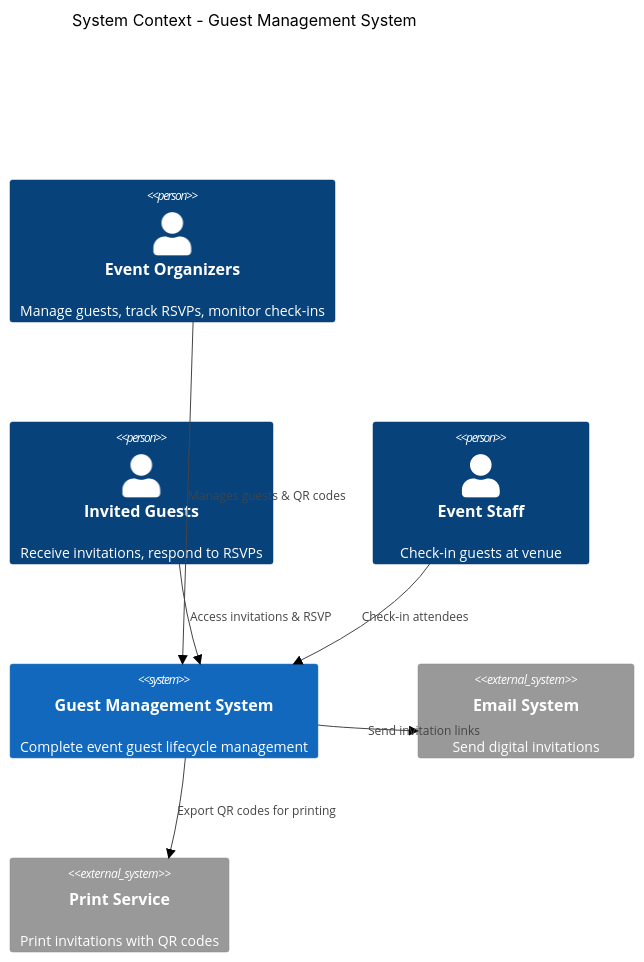
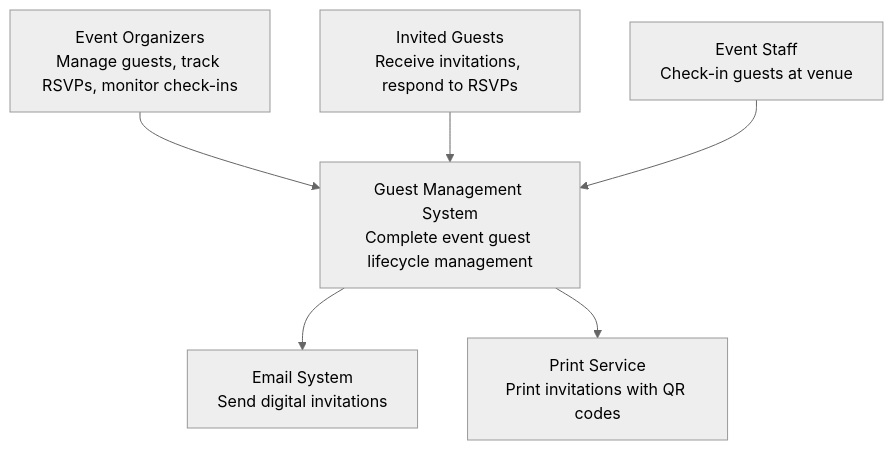
Before and after one commit to quanghai2k4/gms: the second of 4 diagrams in PROJECT_REPORT.md, drawn with Mermaid (neutral theme). The commit also changed other lines of this file, not shown here.

First line of the commit message:
fix: Convert 4C architecture diagrams to standard Mermaid syntax

````diff
--- a/PROJECT_REPORT.md
+++ b/PROJECT_REPORT.md
@@ -79,20 +79,18 @@
 ```mermaid
-C4Context
-    title System Context - Guest Management System
+graph TB
+    Organizer[Event Organizers<br/>Manage guests, track RSVPs, monitor check-ins]
+    Guest[Invited Guests<br/>Receive invitations, respond to RSVPs]  
+    Staff[Event Staff<br/>Check-in guests at venue]
     
-    Person(organizer, "Event Organizers", "Manage guests, track RSVPs, monitor check-ins")
-    Person(guest, "Invited Guests", "Receive invitations, respond to RSVPs")
-    Person(staff, "Event Staff", "Check-in guests at venue")
+    GMS[Guest Management System<br/>Complete event guest lifecycle management]
     
-    System(gms, "Guest Management System", "Complete event guest lifecycle management")
+    Email[Email System<br/>Send digital invitations]
+    Print[Print Service<br/>Print invitations with QR codes]
     
-    System_Ext(email, "Email System", "Send digital invitations")
-    System_Ext(print, "Print Service", "Print invitations with QR codes")
+    Organizer --> GMS
+    Guest --> GMS
+    Staff --> GMS
     
-    Rel(organizer, gms, "Manages guests & QR codes")
-    Rel(guest, gms, "Access invitations & RSVP")
-    Rel(staff, gms, "Check-in attendees")
-    
-    Rel(gms, email, "Send invitation links")
-    Rel(gms, print, "Export QR codes for printing")
+    GMS --> Email
+    GMS --> Print
 ```
````
